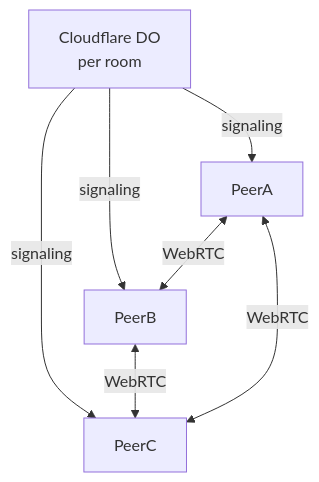
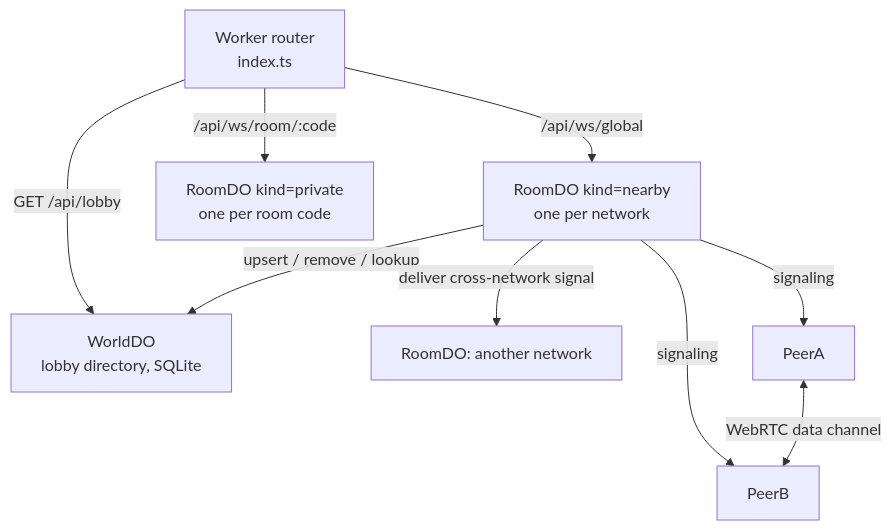
Before and after one commit to kushal1o1/ZeroRelay: the first of 4 diagrams in ARCHITECTURE.md, drawn with Mermaid. The commit also changed other lines of this file and 3 other files, not shown here.

Commit message:
docs: update README, architecture and landing copy for v2

````diff
--- a/ARCHITECTURE.md
+++ b/ARCHITECTURE.md
@@ -7,9 +7,11 @@
 ```mermaid
 graph TD
-    DO[Cloudflare DO<br/>per room] -->|signaling| PeerA
-    DO -->|signaling| PeerB
-    DO -->|signaling| PeerC
-    PeerA <-->|WebRTC| PeerB
-    PeerB <-->|WebRTC| PeerC
-    PeerA <-->|WebRTC| PeerC
+    R[Worker router<br/>index.ts] -->|/api/ws/global| N[RoomDO kind=nearby<br/>one per network]
+    R -->|/api/ws/room/:code| P[RoomDO kind=private<br/>one per room code]
+    R -->|GET /api/lobby| W[WorldDO<br/>lobby directory, SQLite]
+    N -->|upsert / remove / lookup| W
+    N -->|deliver cross-network signal| N2[RoomDO: another network]
+    N -->|signaling| PeerA
+    N -->|signaling| PeerB
+    PeerA <-->|WebRTC data channel| PeerB
 ```
````
